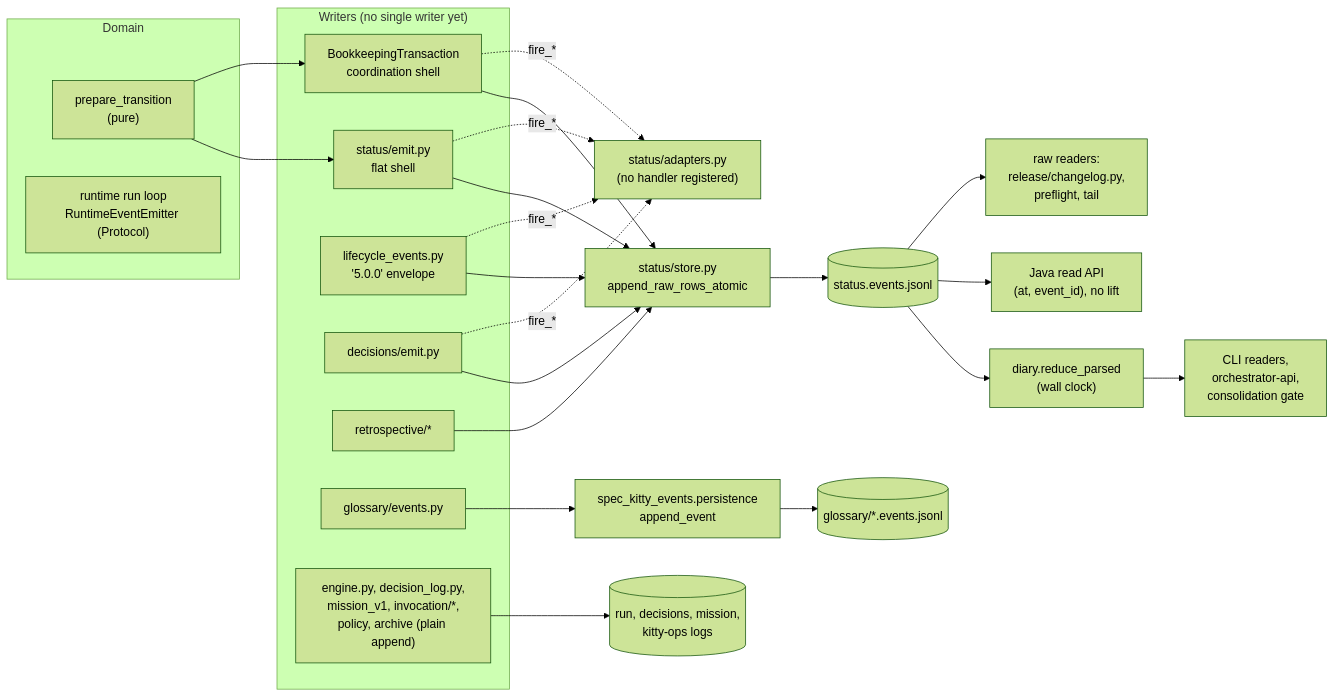
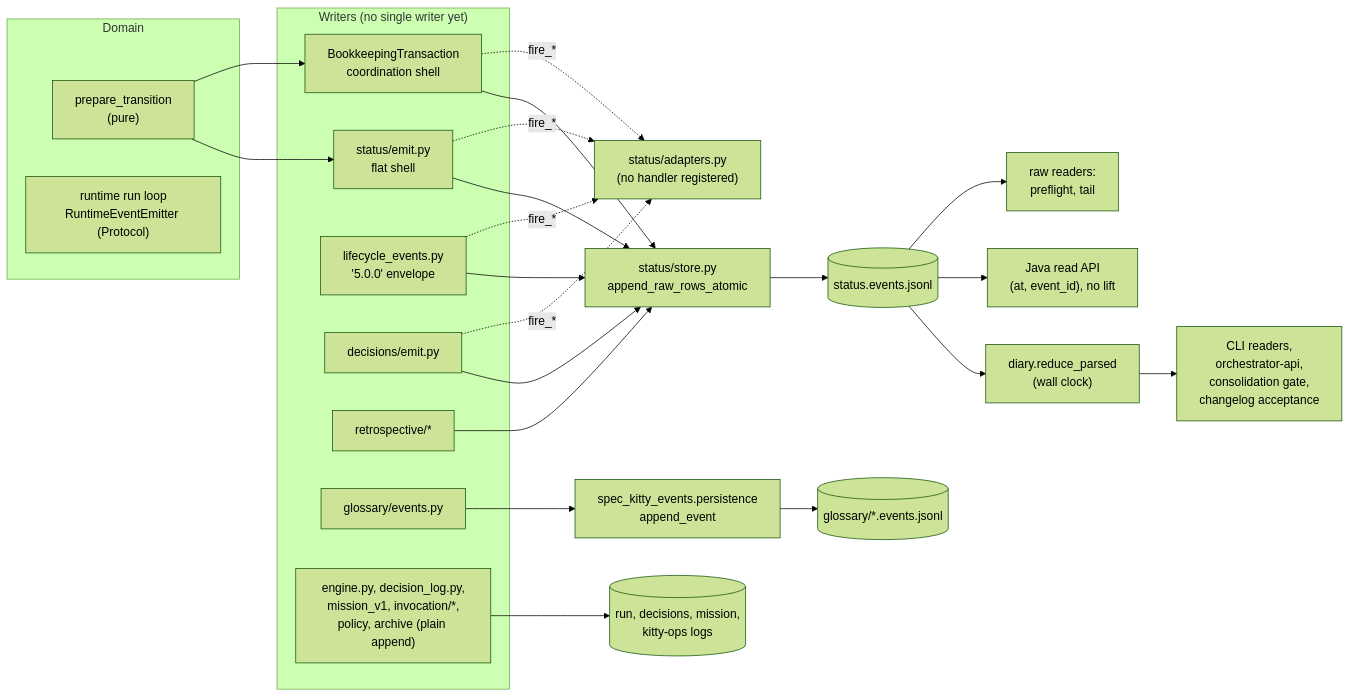
One commit to spec-kitty/spec-kitty changed the diagram in docs/architecture/event-ledger-writers-and-readers.md. Above: the diagram before and after it, drawn with Mermaid (forest theme). The commit also changed other lines of this file, not shown here.

First line of the commit message:
docs: record the changelog lane-authority fix and close the changelog half of G-13 (#6612)

````diff
--- a/docs/architecture/event-ledger-writers-and-readers.md
+++ b/docs/architecture/event-ledger-writers-and-readers.md
@@ -151,30 +152,30 @@
 ```mermaid
 flowchart LR
   subgraph Domain
     PT["prepare_transition<br/>(pure)"]
     RT["runtime run loop<br/>RuntimeEventEmitter (Protocol)"]
   end
   subgraph Writers["Writers (no single writer yet)"]
     EMIT["status/emit.py<br/>flat shell"]
     TX["BookkeepingTransaction<br/>coordination shell"]
     LC["lifecycle_events.py<br/>'5.0.0' envelope"]
     DP["decisions/emit.py"]
     RETRO["retrospective/*"]
     GL["glossary/events.py"]
     OTHER["engine.py, decision_log.py,<br/>mission_v1, invocation/*,<br/>policy, archive (plain append)"]
   end
   STORE["status/store.py<br/>append_raw_rows_atomic"]
   LIB["spec_kitty_events.persistence<br/>append_event"]
   SEL[("status.events.jsonl")]
   GLL[("glossary/*.events.jsonl")]
   OL[("run, decisions, mission,<br/>kitty-ops logs")]
   PT --> EMIT & TX
   EMIT & TX & LC & DP & RETRO --> STORE --> SEL
   GL --> LIB --> GLL
   OTHER --> OL
   EMIT & TX & LC & DP -.fire_*.-> SEAM["status/adapters.py<br/>(no handler registered)"]
   SEL --> RED["diary.reduce_parsed<br/>(wall clock)"]
-  RED --> CLI["CLI readers,<br/>orchestrator-api,<br/>consolidation gate"]
+  RED --> CLI["CLI readers,<br/>orchestrator-api,<br/>consolidation gate,<br/>changelog acceptance"]
   SEL --> JAVA["Java read API<br/>(at, event_id), no lift"]
-  SEL --> RAW["raw readers:<br/>release/changelog.py,<br/>preflight, tail"]
+  SEL --> RAW["raw readers:<br/>preflight, tail"]
 ```
````
